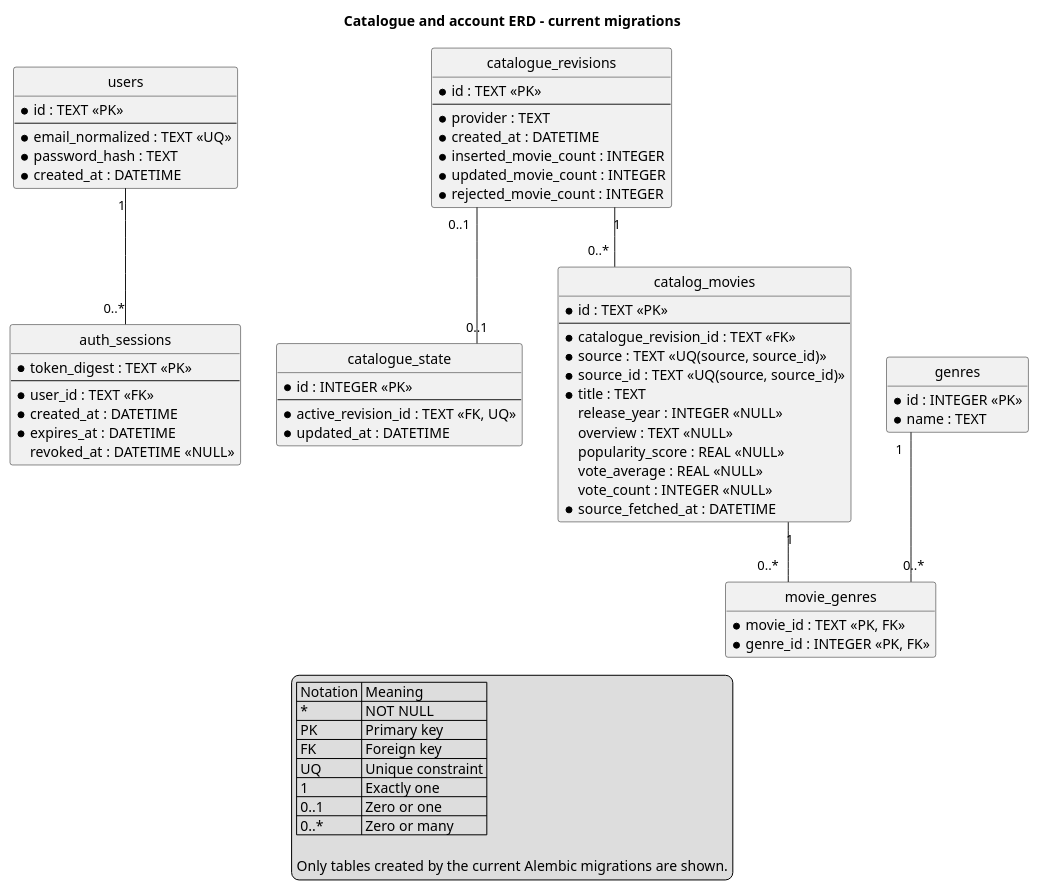
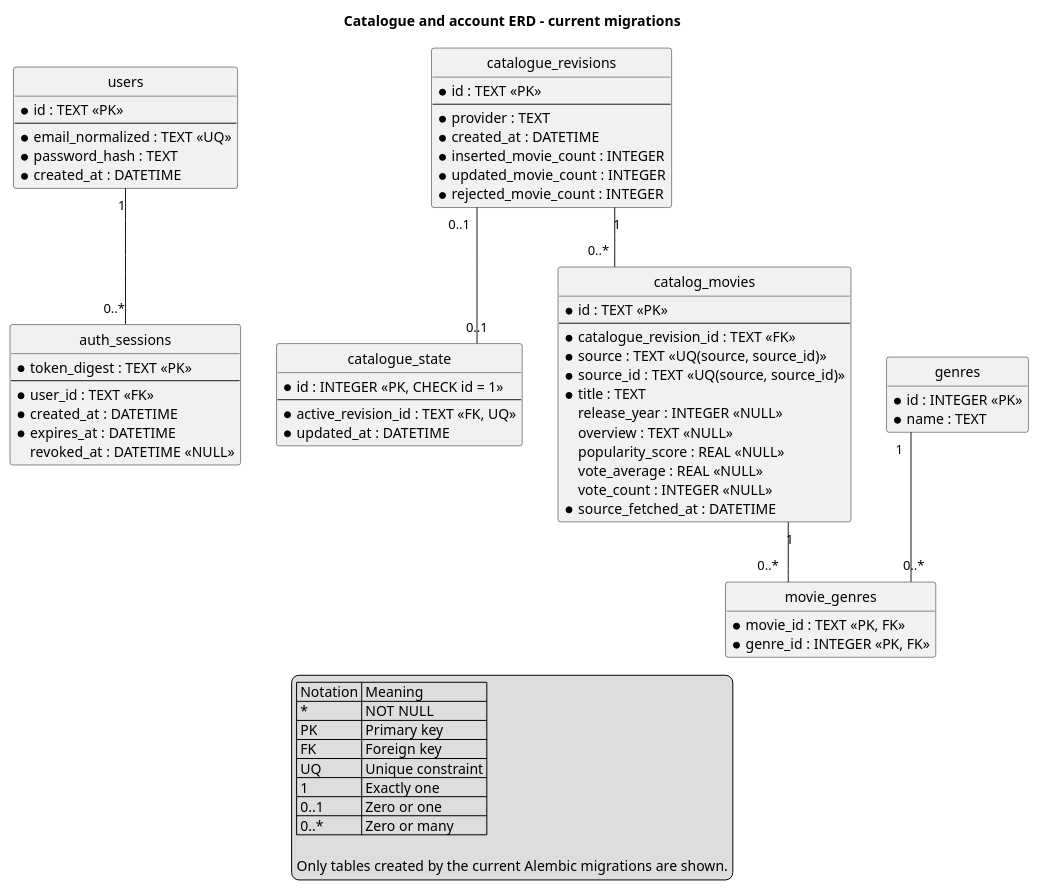
One commit to SE-FDA-NEU/ai66a_group3_C1_SE changed the diagram in docs/images/erd.puml. Above: the diagram before and after it, drawn with PlantUML.

Commit message:
docs: update ERD to enforce constraint on catalogue_state id

```diff
--- a/docs/images/erd.puml
+++ b/docs/images/erd.puml
@@ -1,91 +1,91 @@
 @startuml
 title Catalogue and account ERD - current migrations
 
 hide circle
 hide methods
 skinparam linetype ortho
 skinparam shadowing false
 skinparam entity {
   BackgroundColor #FFFFFF
   BorderColor #2F5597
   HeaderBackgroundColor #D9E8FB
 }
 
 entity "users" as users {
   * id : TEXT <<PK>>
   --
   * email_normalized : TEXT <<UQ>>
   * password_hash : TEXT
   * created_at : DATETIME
 }
 
 entity "auth_sessions" as auth_sessions {
   * token_digest : TEXT <<PK>>
   --
   * user_id : TEXT <<FK>>
   * created_at : DATETIME
   * expires_at : DATETIME
   revoked_at : DATETIME <<NULL>>
 }
 
 entity "catalogue_revisions" as rev {
   * id : TEXT <<PK>>
   --
   * provider : TEXT
   * created_at : DATETIME
   * inserted_movie_count : INTEGER
   * updated_movie_count : INTEGER
   * rejected_movie_count : INTEGER
 }
 
 entity "catalogue_state" as active_state {
-  * id : INTEGER <<PK>>
+  * id : INTEGER <<PK, CHECK id = 1>>
   --
   * active_revision_id : TEXT <<FK, UQ>>
   * updated_at : DATETIME
 }
 
 entity "catalog_movies" as movie_rows {
   * id : TEXT <<PK>>
   --
   * catalogue_revision_id : TEXT <<FK>>
   * source : TEXT <<UQ(source, source_id)>>
   * source_id : TEXT <<UQ(source, source_id)>>
   * title : TEXT
   release_year : INTEGER <<NULL>>
   overview : TEXT <<NULL>>
   popularity_score : REAL <<NULL>>
   vote_average : REAL <<NULL>>
   vote_count : INTEGER <<NULL>>
   * source_fetched_at : DATETIME
 }
 
 entity "genres" as genres {
   * id : INTEGER <<PK>>
   * name : TEXT
 }
 
 entity "movie_genres" as movie_genre_links {
   * movie_id : TEXT <<PK, FK>>
   * genre_id : INTEGER <<PK, FK>>
 }
 
 users "1" -- "0..*" auth_sessions
 rev "1" -- "0..*" movie_rows
 rev "0..1" -- "0..1" active_state
 movie_rows "1" -- "0..*" movie_genre_links
 genres "1" -- "0..*" movie_genre_links
 
 legend bottom
   | Notation | Meaning |
   | * | NOT NULL |
   | PK | Primary key |
   | FK | Foreign key |
   | UQ | Unique constraint |
   | 1 | Exactly one |
   | 0..1 | Zero or one |
   | 0..* | Zero or many |
 
   Only tables created by the current Alembic migrations are shown.
 endlegend
 @enduml
```
